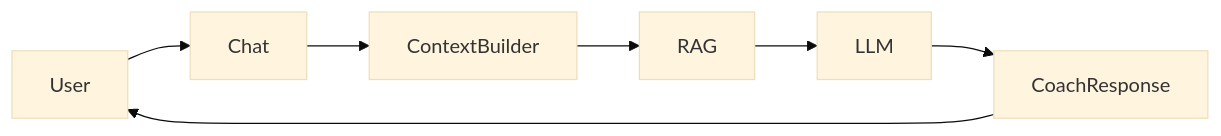
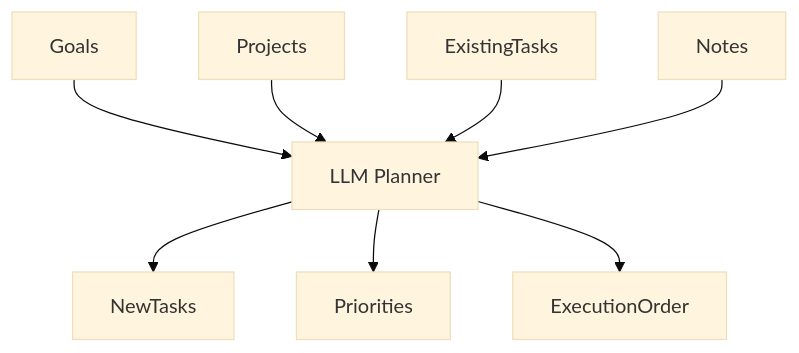
The ninth of 11 diagrams in README.md (ArlagaddaMourya/habit_tracker), drawn with Mermaid (base theme) before and after one commit. The commit also changed other lines of this file and 6 other files, not shown here.

````diff
--- a/README.md
+++ b/README.md
@@ -544,15 +347,27 @@
 ```mermaid
-flowchart LR
+flowchart TD
 
-User --> Chat
+    Goals
 
-Chat --> ContextBuilder
+    Projects
 
-ContextBuilder --> RAG
+    ExistingTasks
 
-RAG --> LLM
+    Notes
 
-LLM --> CoachResponse
+    Goals --> Planner
 
-CoachResponse --> User
+    Projects --> Planner
+
+    ExistingTasks --> Planner
+
+    Notes --> Planner
+
+    Planner[LLM Planner]
+
+    Planner --> NewTasks
+
+    Planner --> Priorities
+
+    Planner --> ExecutionOrder
 ```
````
